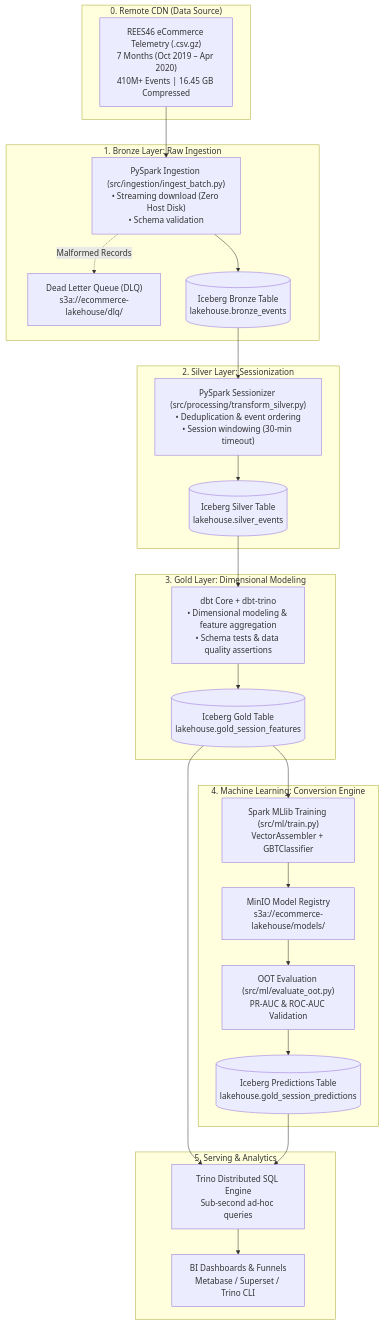
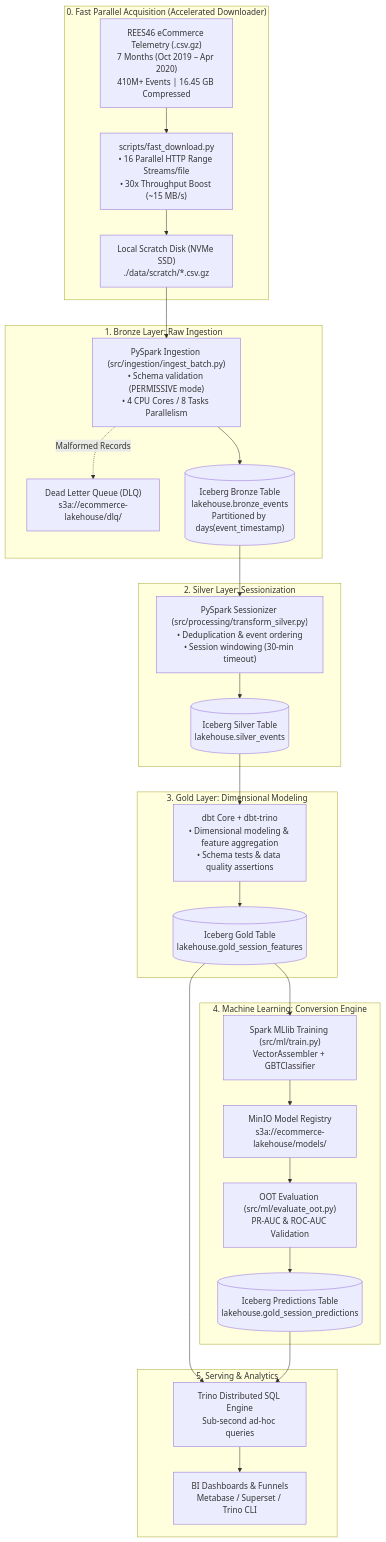
Before and after one commit to AIVIETNAM-AIO-TruongHoangThong/ecommerce-telemetry-lakehouse: the diagram in README.md, drawn with Mermaid. The commit also changed other lines of this file and 5 other files, not shown here.

````diff
--- a/README.md
+++ b/README.md
@@ -11,51 +11,48 @@
 ```mermaid
 flowchart TD
-    subgraph Stage0["0. Remote CDN (Data Source)"]
-        CSV["REES46 eCommerce Telemetry (.csv.gz)<br/>7 Months (Oct 2019 – Apr 2020)<br/>410M+ Events | 16.45 GB Compressed"]
+    subgraph Stage0["0. Fast Parallel Acquisition (Accelerated Downloader)"]
+        CDN["REES46 eCommerce Telemetry (.csv.gz)<br/>7 Months (Oct 2019 – Apr 2020)<br/>410M+ Events | 16.45 GB Compressed"]
+        DL["scripts/fast_download.py<br/>• 16 Parallel HTTP Range Streams/file<br/>• 30x Throughput Boost (~15 MB/s)"]
+        Scratch["Local Scratch Disk (NVMe SSD)<br/>./data/scratch/*.csv.gz"]
+        CDN --> DL --> Scratch
     end
 
     subgraph Stage1["1. Bronze Layer: Raw Ingestion"]
-        Ingest["PySpark Ingestion (src/ingestion/ingest_batch.py)<br/>• Streaming download (Zero Host Disk)<br/>• Schema validation"]
+        Ingest["PySpark Ingestion (src/ingestion/ingest_batch.py)<br/>• Schema validation (PERMISSIVE mode)<br/>• 4 CPU Cores / 8 Tasks Parallelism"]
         DLQ["Dead Letter Queue (DLQ)<br/>s3a://ecommerce-lakehouse/dlq/"]
-        Bronze[("Iceberg Bronze Table<br/>lakehouse.bronze_events")]
+        Bronze[("Iceberg Bronze Table<br/>lakehouse.bronze_events<br/>Partitioned by days(event_timestamp)")]
+        Scratch --> Ingest
         Ingest --> Bronze
         Ingest -.->|Malformed Records| DLQ
     end
 
     subgraph Stage2["2. Silver Layer: Sessionization"]
         Sess["PySpark Sessionizer (src/processing/transform_silver.py)<br/>• Deduplication & event ordering<br/>• Session windowing (30-min timeout)"]
         Silver[("Iceberg Silver Table<br/>lakehouse.silver_events")]
-        Sess --> Silver
+        Bronze --> Sess --> Silver
     end
 
     subgraph Stage3["3. Gold Layer: Dimensional Modeling"]
         DBT["dbt Core + dbt-trino<br/>• Dimensional modeling & feature aggregation<br/>• Schema tests & data quality assertions"]
         Gold[("Iceberg Gold Table<br/>lakehouse.gold_session_features")]
-        DBT --> Gold
+        Silver --> DBT --> Gold
     end
 
     subgraph Stage4["4. Machine Learning: Conversion Engine"]
         Train["Spark MLlib Training (src/ml/train.py)<br/>VectorAssembler + GBTClassifier"]
         ModelStore["MinIO Model Registry<br/>s3a://ecommerce-lakehouse/models/"]
         OOT["OOT Evaluation (src/ml/evaluate_oot.py)<br/>PR-AUC & ROC-AUC Validation"]
         Predictions[("Iceberg Predictions Table<br/>lakehouse.gold_session_predictions")]
         
-        Train --> ModelStore
-        ModelStore --> OOT
-        OOT --> Predictions
+        Gold --> Train --> ModelStore
+        ModelStore --> OOT --> Predictions
     end
 
     subgraph Stage5["5. Serving & Analytics"]
         Trino["Trino Distributed SQL Engine<br/>Sub-second ad-hoc queries"]
         BI["BI Dashboards & Funnels<br/>Metabase / Superset / Trino CLI"]
+        Gold --> Trino
+        Predictions --> Trino
         Trino --> BI
     end
-
-    %% Sequential Pipeline Flows
-    CSV --> Ingest
-    Bronze --> Sess
-    Silver --> DBT
-    Gold --> Train
-    Gold --> Trino
-    Predictions --> Trino
 ```
````
